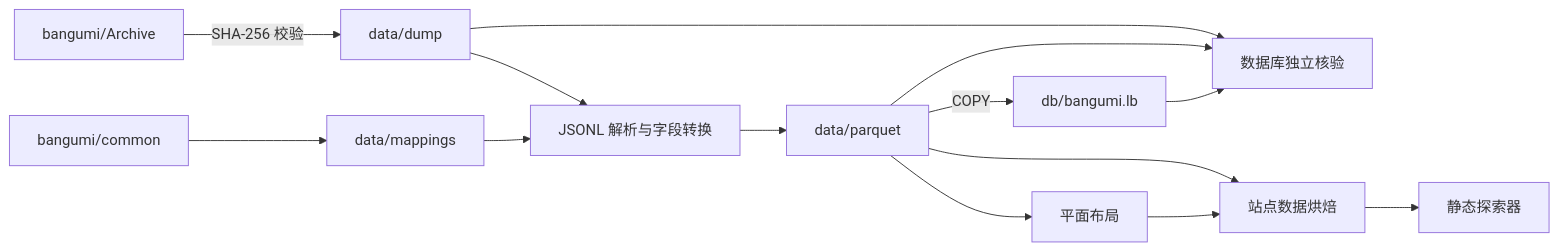
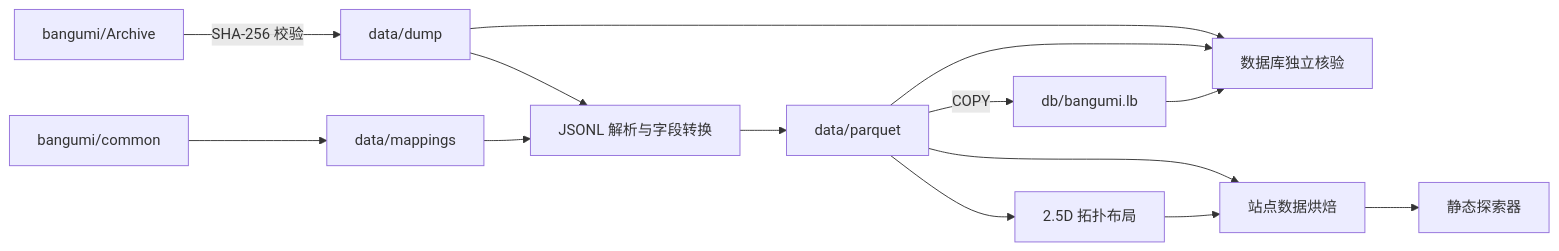
Before and after one commit to vauxe/bangumi-atlas: the first of 2 diagrams in docs/DATA_ARCHITECTURE.md, drawn with Mermaid. The commit also changed other lines of this file and 18 other files, not shown here.

````diff
--- a/docs/DATA_ARCHITECTURE.md
+++ b/docs/DATA_ARCHITECTURE.md
@@ -14,16 +14,16 @@
 ```mermaid
 flowchart LR
     A[bangumi/Archive] -->|SHA-256 校验| B[data/dump]
     M[bangumi/common] --> C[data/mappings]
     B --> D[JSONL 解析与字段转换]
     C --> D
     D --> E[data/parquet]
     E -->|COPY| F[db/bangumi.lb]
     B --> G[数据库独立核验]
     E --> G
     F --> G
-    E --> H[平面布局]
+    E --> H[2.5D 拓扑布局]
     E --> I[站点数据烘焙]
     H --> I
     I --> J[静态探索器]
 ```
````
